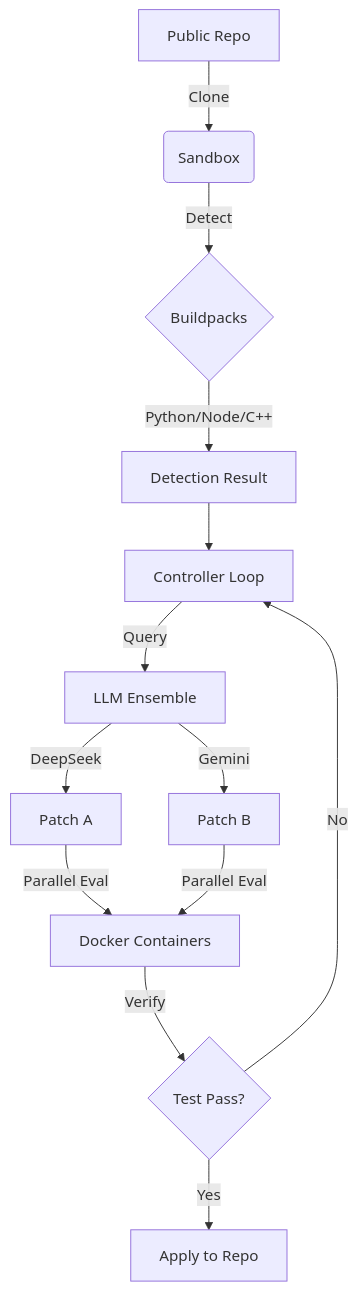
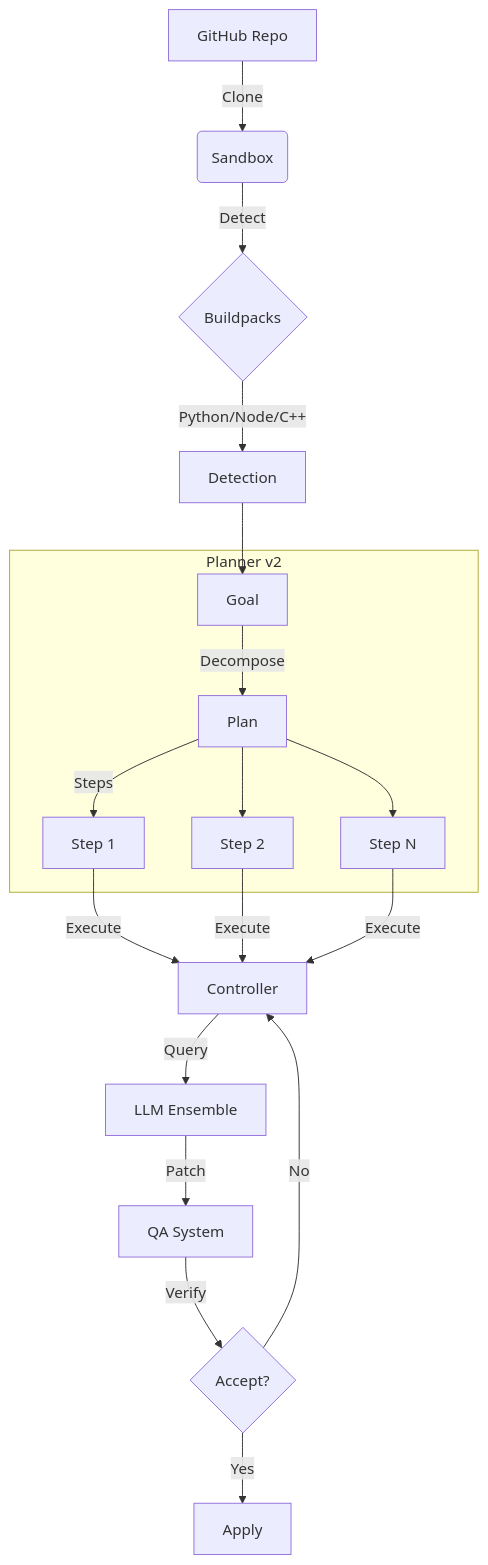
The diagram in README.md (dawsonblock/DRFSN-CODE), drawn with Mermaid before and after one commit. The commit also changed other lines of this file, not shown here.

First line of the commit message:
docs: Upgrade README with Planner v2.2 and QA system

````diff
--- a/README.md
+++ b/README.md
@@ -91,14 +126,21 @@
 ```mermaid
 graph TD
-    A[Public Repo] -->|Clone| B(Sandbox)
+    A[GitHub Repo] -->|Clone| B(Sandbox)
     B -->|Detect| C{Buildpacks}
-    C -->|Python/Node/C++| D[Detection Result]
-    D --> E[Controller Loop]
-    E -->|Query| F[LLM Ensemble]
-    F -->|DeepSeek| G[Patch A]
-    F -->|Gemini| H[Patch B]
-    G & H -->|Parallel Eval| I[Docker Containers]
-    I -->|Verify| J{Test Pass?}
-    J -->|Yes| K[Apply to Repo]
-    J -->|No| E
+    C -->|Python/Node/C++| D[Detection]
+    
+    subgraph "Planner v2"
+        E[Goal] -->|Decompose| F[Plan]
+        F -->|Steps| G[Step 1]
+        F --> H[Step 2]
+        F --> I[Step N]
+    end
+    
+    D --> E
+    G & H & I -->|Execute| J[Controller]
+    J -->|Query| K[LLM Ensemble]
+    K -->|Patch| L[QA System]
+    L -->|Verify| M{Accept?}
+    M -->|Yes| N[Apply]
+    M -->|No| J
 ```
````
